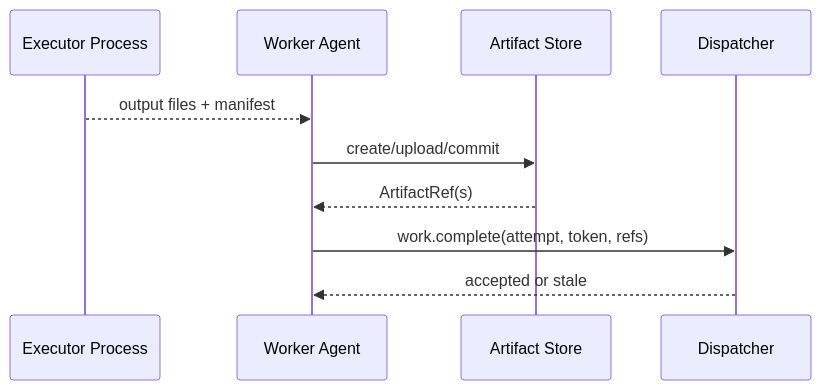
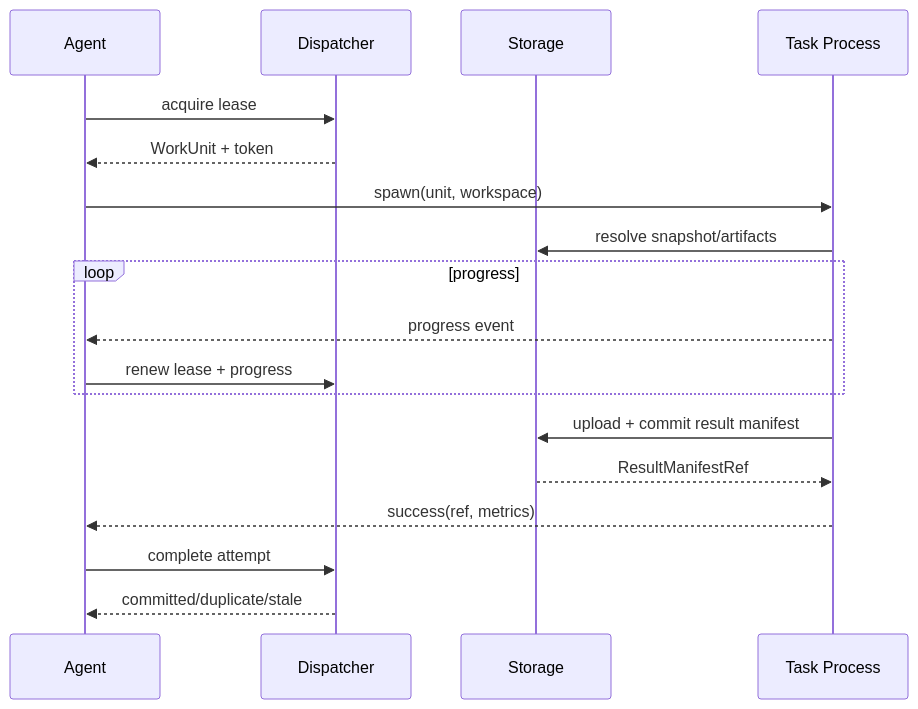
One commit to RESBI/StockStatistic changed the third of 3 diagrams in V31design/designV31/DESIGN_ARCH_COMPUTE_V31.md. Above: the diagram before and after it, drawn with Mermaid. The commit also changed other lines of this file and 18 other files, not shown here.

Commit message:
V3.1 docs: finalize architecture and delivery plan

````diff
--- a/V31design/designV31/DESIGN_ARCH_COMPUTE_V31.md
+++ b/V31design/designV31/DESIGN_ARCH_COMPUTE_V31.md
@@ -292,13 +199,21 @@
 ```mermaid
 sequenceDiagram
-    participant P as Executor Process
-    participant A as Worker Agent
-    participant S as Artifact Store
+    participant A as Agent
     participant D as Dispatcher
+    participant S as Storage
+    participant P as Task Process
 
-    P-->>A: output files + manifest
-    A->>S: create/upload/commit
-    S-->>A: ArtifactRef(s)
-    A->>D: work.complete(attempt, token, refs)
-    D-->>A: accepted or stale
+    A->>D: acquire lease
+    D-->>A: WorkUnit + token
+    A->>P: spawn(unit, workspace)
+    P->>S: resolve snapshot/artifacts
+    loop progress
+        P-->>A: progress event
+        A->>D: renew lease + progress
+    end
+    P->>S: upload + commit result manifest
+    S-->>P: ResultManifestRef
+    P-->>A: success(ref, metrics)
+    A->>D: complete attempt
+    D-->>A: committed/duplicate/stale
 ```
````
